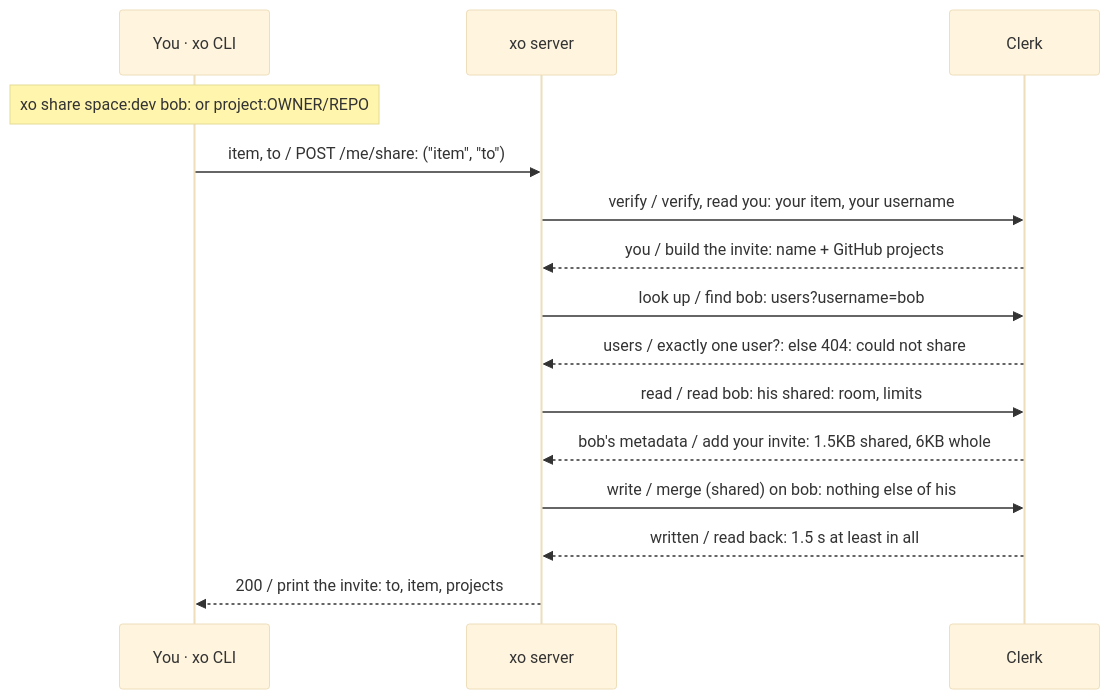
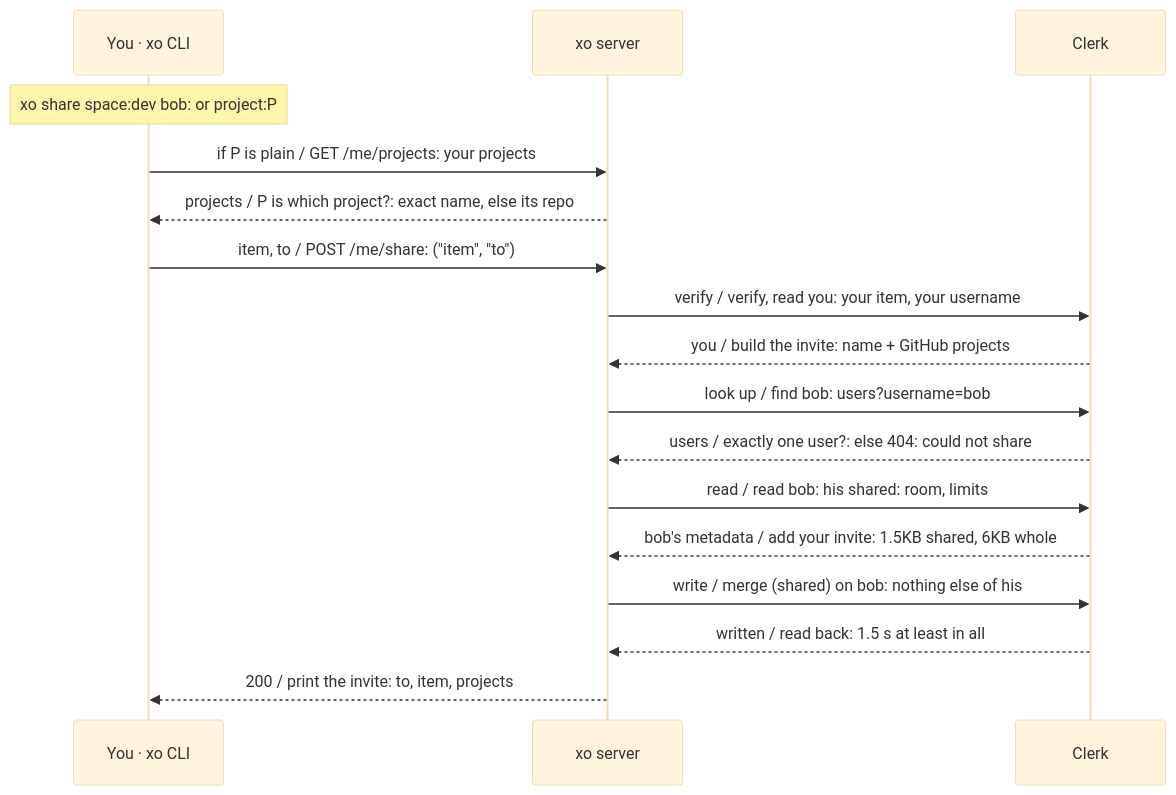
Diagram 18 of 31 in docs/architecture.md (quirq-ai/xo), drawn with Mermaid (base theme) before and after one commit. The commit also changed other lines of this file and 11 other files, not shown here.

````diff
--- a/docs/architecture.md
+++ b/docs/architecture.md
@@ -364,17 +388,19 @@
 ```mermaid
 sequenceDiagram
   participant Cli as You · xo CLI
   participant Srv as xo server
   participant Clerk as Clerk
-  Note over Cli: xo share space:dev bob: or project:OWNER/REPO
+  Note over Cli: xo share space:dev bob: or project:P
+  Cli->>Srv: if P is plain / GET /me/projects: your projects
+  Srv-->>Cli: projects / P is which project?: exact name, else its repo
   Cli->>Srv: item, to / POST /me/share: ("item", "to")
   Srv->>Clerk: verify / verify, read you: your item, your username
   Clerk-->>Srv: you / build the invite: name + GitHub projects
   Srv->>Clerk: look up / find bob: users?username=bob
   Clerk-->>Srv: users / exactly one user?: else 404: could not share
   Srv->>Clerk: read / read bob: his shared: room, limits
   Clerk-->>Srv: bob's metadata / add your invite: 1.5KB shared, 6KB whole
   Srv->>Clerk: write / merge (shared) on bob: nothing else of his
   Clerk-->>Srv: written / read back: 1.5 s at least in all
   Srv-->>Cli: 200 / print the invite: to, item, projects
 ```
````
